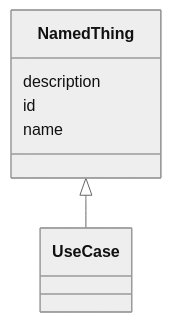
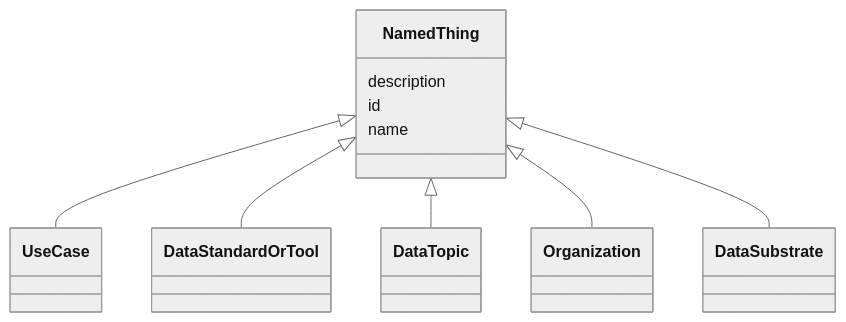
The diagram in docs/NamedThing.md (bridge2ai/standards-schemas), drawn with Mermaid (neutral theme) before and after one commit. The commit also changed other lines of this file and 63 other files, not shown here.

````diff
--- a/docs/NamedThing.md
+++ b/docs/NamedThing.md
@@ -10,10 +10,14 @@
 ```mermaid
  classDiagram
     class NamedThing
       NamedThing <|-- UseCase
+      NamedThing <|-- DataStandardOrTool
+      NamedThing <|-- DataTopic
+      NamedThing <|-- Organization
+      NamedThing <|-- DataSubstrate
       
       NamedThing : description
       NamedThing : id
       NamedThing : name
       
 ```
````
